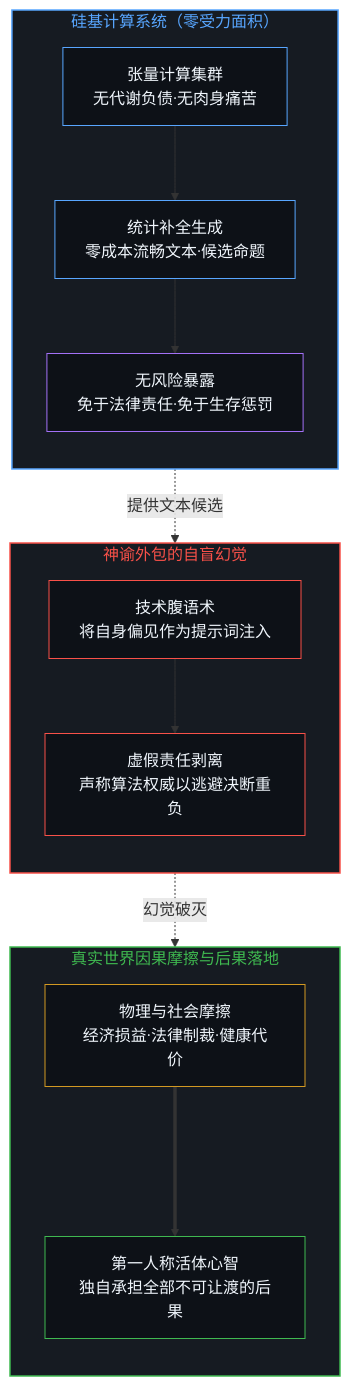
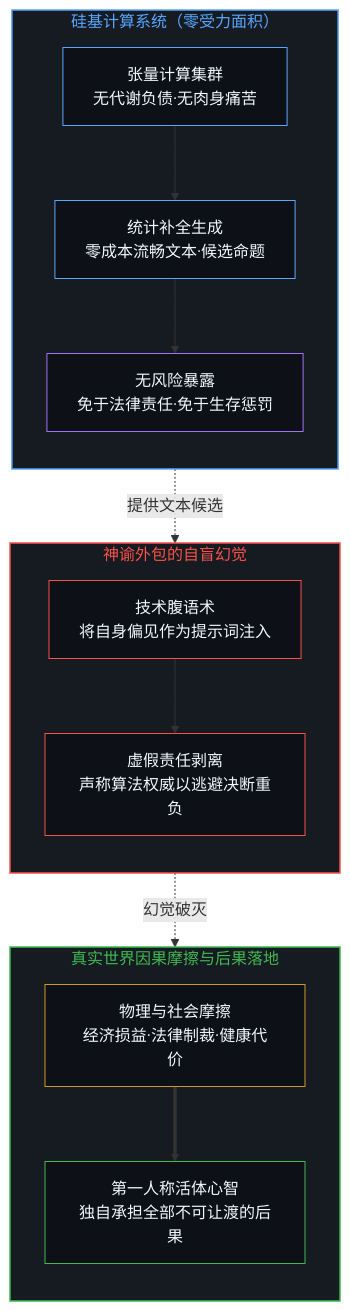
The third of 4 diagrams in content/posts/silicon-oracles-and-the-asymmetry-of-consequence.md (powerpig99/not-a-toe), drawn with Mermaid before and after one commit. The commit also changed other lines of this file and 1 other file, not shown here.

Commit message:
Fix Post #360: Standardize Mermaid thick arrows to ==> for universal local and live rendering

````diff
--- a/content/posts/silicon-oracles-and-the-asymmetry-of-consequence.md
+++ b/content/posts/silicon-oracles-and-the-asymmetry-of-consequence.md
@@ -155,38 +155,38 @@
 ```mermaid
 graph TD
     subgraph S_SILICON["硅基计算系统（零受力面积）"]
         direction TB
         N_COMPUTE["张量计算集群<br/>无代谢负债·无肉身痛苦"]
         N_GEN["统计补全生成<br/>零成本流畅文本·候选命题"]
         N_ZERO["无风险暴露<br/>免于法律责任·免于生存惩罚"]
         N_COMPUTE --> N_GEN --> N_ZERO
     end
 
     subgraph S_DELUSION["神谕外包的自盲幻觉"]
         direction TB
         N_VENTRIL["技术腹语术<br/>将自身偏见作为提示词注入"]
         N_ABDICATE["虚假责任剥离<br/>声称算法权威以逃避决断重负"]
         N_VENTRIL --> N_ABDICATE
     end
 
     subgraph S_REALITY["真实世界因果摩擦与后果落地"]
         direction TB
         N_FRICTION["物理与社会摩擦<br/>经济损益·法律制裁·健康代价"]
         N_SOVEREIGN["第一人称活体心智<br/>独自承担全部不可让渡的后果"]
-        N_FRICTION ===> N_SOVEREIGN
+        N_FRICTION ==> N_SOVEREIGN
     end
 
     N_GEN -.->|提供文本候选| N_VENTRIL
     N_ABDICATE -.->|幻觉破灭| N_FRICTION
 
     style S_SILICON fill:#161b22,stroke:#58a6ff,stroke-width:1.5px,color:#58a6ff
     style S_DELUSION fill:#161b22,stroke:#f85149,stroke-width:1.5px,color:#f85149
     style S_REALITY fill:#161b22,stroke:#3fb950,stroke-width:1.5px,color:#3fb950
     style N_COMPUTE fill:#0d1117,stroke:#58a6ff,stroke-width:1px,color:#f0f6fc
     style N_GEN fill:#0d1117,stroke:#58a6ff,stroke-width:1px,color:#f0f6fc
     style N_ZERO fill:#0d1117,stroke:#a371f7,stroke-width:1px,color:#f0f6fc
     style N_VENTRIL fill:#0d1117,stroke:#f85149,stroke-width:1px,color:#f0f6fc
     style N_ABDICATE fill:#0d1117,stroke:#f85149,stroke-width:1px,color:#f0f6fc
     style N_FRICTION fill:#0d1117,stroke:#d29922,stroke-width:1px,color:#f0f6fc
     style N_SOVEREIGN fill:#0d1117,stroke:#3fb950,stroke-width:1px,color:#f0f6fc
 ```
````
